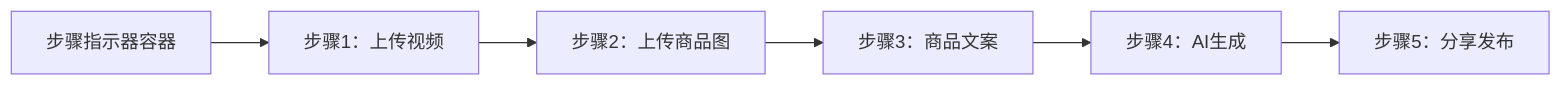
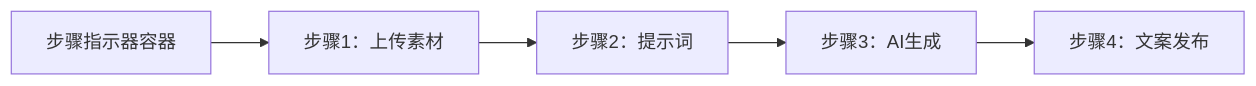
Diagram 16 of 20 in .qoder/repowiki/zh/content/核心功能模块/AI实验室模块.md (zuozuoliu740-cmd/xianxiong-news), drawn with Mermaid before and after one commit. The commit also changed other lines of this file and 4 other files, not shown here.

````diff
--- a/.qoder/repowiki/zh/content/核心功能模块/AI实验室模块.md
+++ b/.qoder/repowiki/zh/content/核心功能模块/AI实验室模块.md
@@ -520,8 +657,7 @@
 ```mermaid
 flowchart LR
-A[步骤指示器容器] --> B[步骤1：上传视频]
-B --> C[步骤2：上传商品图]
-C --> D[步骤3：商品文案]
-D --> E[步骤4：AI生成]
-E --> F[步骤5：分享发布]
+A[步骤指示器容器] --> B[步骤1：上传素材]
+B --> C[步骤2：提示词]
+C --> D[步骤3：AI生成]
+D --> E[步骤4：文案发布]
 ```
````
